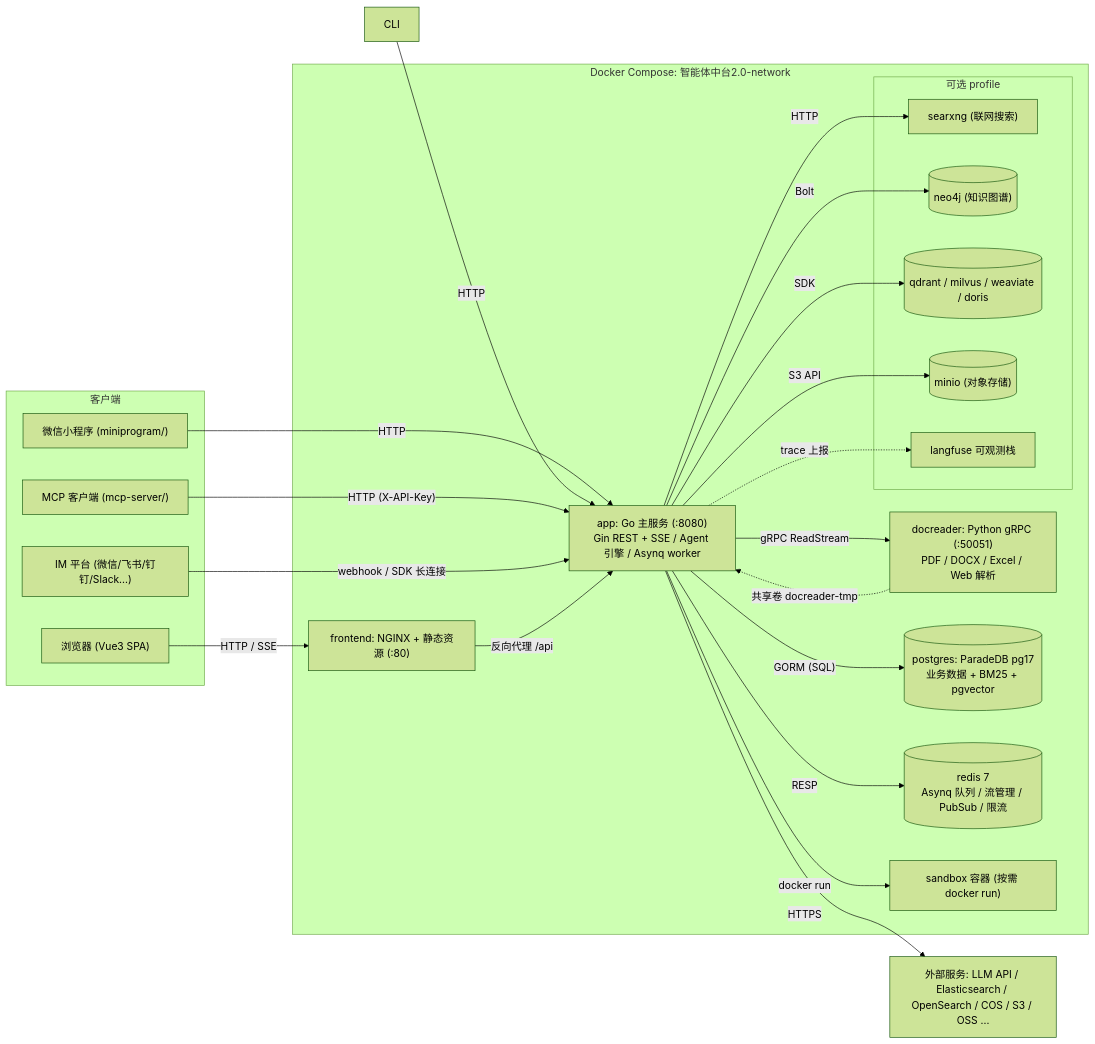
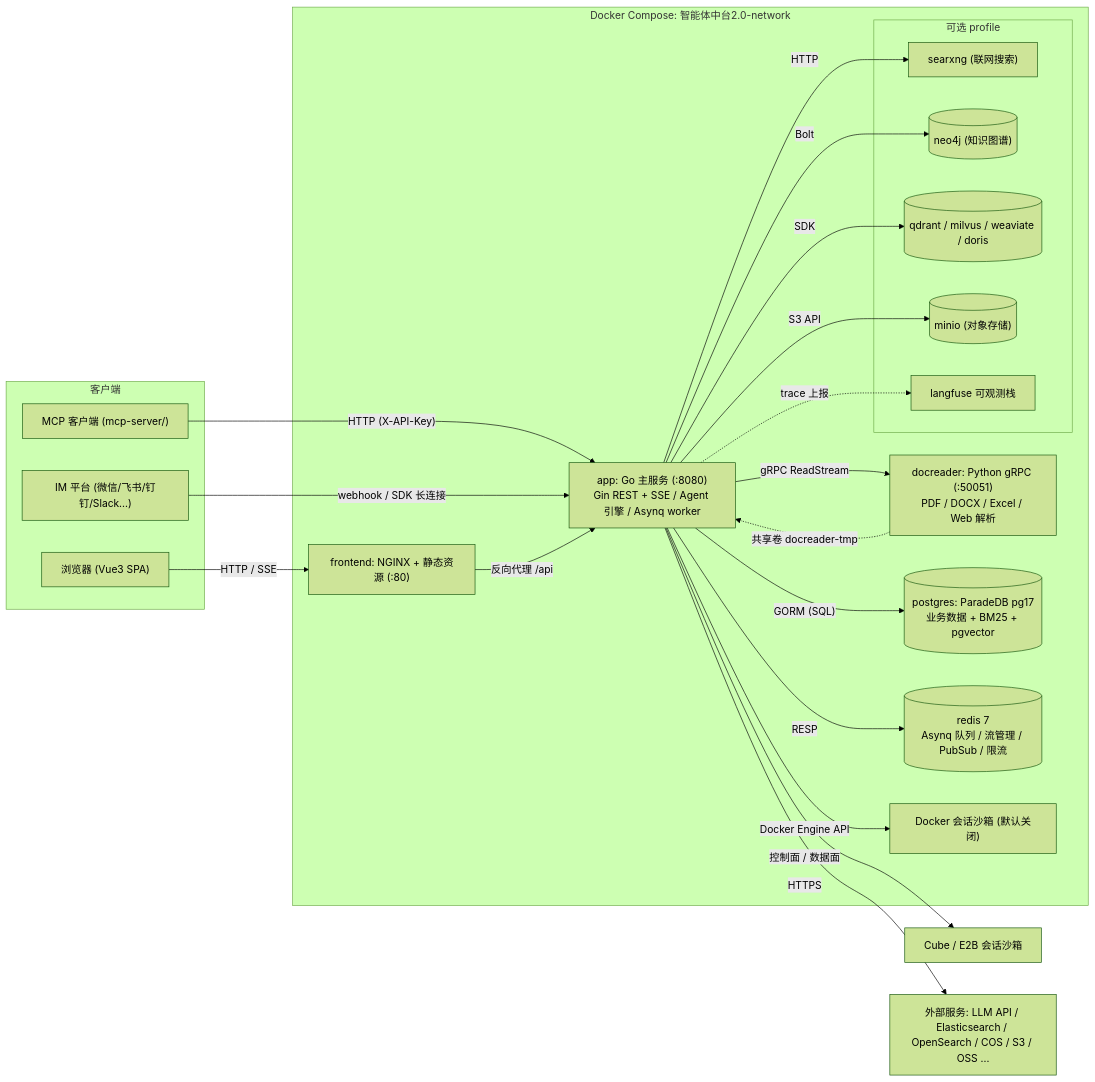
Before and after one commit to qinlei131479/WeKnora: the first of 2 diagrams in apps/docs/02-architecture/01-overview.md, drawn with Mermaid (forest theme). The commit also changed other lines of this file and 66 other files, not shown here.

````diff
--- a/apps/docs/02-architecture/01-overview.md
+++ b/apps/docs/02-architecture/01-overview.md
@@ -91,46 +85,44 @@
 ```mermaid
 graph LR
     subgraph Clients["客户端"]
         Browser["浏览器 (Vue3 SPA)"]
-        Mini["微信小程序 (miniprogram/)"]
-        %% CLI["CLI / Go SDK (cli/, client/)"]
         MCPC["MCP 客户端 (mcp-server/)"]
         IM["IM 平台 (微信/飞书/钉钉/Slack...)"]
     end
 
     subgraph Compose["Docker Compose: 智能体中台2.0-network"]
         FE["frontend: NGINX + 静态资源 (:80)"]
         APP["app: Go 主服务 (:8080)<br/>Gin REST + SSE / Agent 引擎 / Asynq worker"]
         DR["docreader: Python gRPC (:50051)<br/>PDF / DOCX / Excel / Web 解析"]
         PG[("postgres: ParadeDB pg17<br/>业务数据 + BM25 + pgvector")]
         RD[("redis 7<br/>Asynq 队列 / 流管理 / PubSub / 限流")]
-        SBX["sandbox 容器 (按需 docker run)"]
+        SBX["Docker 会话沙箱 (默认关闭)"]
         subgraph Optional["可选 profile"]
             SX["searxng (联网搜索)"]
             NEO[("neo4j (知识图谱)")]
             VDB[("qdrant / milvus / weaviate / doris")]
             MINIO[("minio (对象存储)")]
             LF["langfuse 可观测栈"]
         end
     end
 
+    REMOTE["Cube / E2B 会话沙箱"]
     EXT["外部服务: LLM API / Elasticsearch / OpenSearch / COS / S3 / OSS ..."]
 
     Browser -->|"HTTP / SSE"| FE
-    Mini -->|"HTTP"| APP
-    CLI -->|"HTTP"| APP
     MCPC -->|"HTTP (X-API-Key)"| APP
     IM -->|"webhook / SDK 长连接"| APP
     FE -->|"反向代理 /api"| APP
     APP -->|"gRPC ReadStream"| DR
     APP -->|"GORM (SQL)"| PG
     APP -->|"RESP"| RD
-    APP -->|"docker run"| SBX
+    APP -->|"Docker Engine API"| SBX
+    APP -->|"控制面 / 数据面"| REMOTE
     APP -->|"HTTP"| SX
     APP -->|"Bolt"| NEO
     APP -->|"SDK"| VDB
     APP -->|"S3 API"| MINIO
     APP -->|"HTTPS"| EXT
     APP -.->|"trace 上报"| LF
     DR -.->|"共享卷 docreader-tmp"| APP
 ```
````
